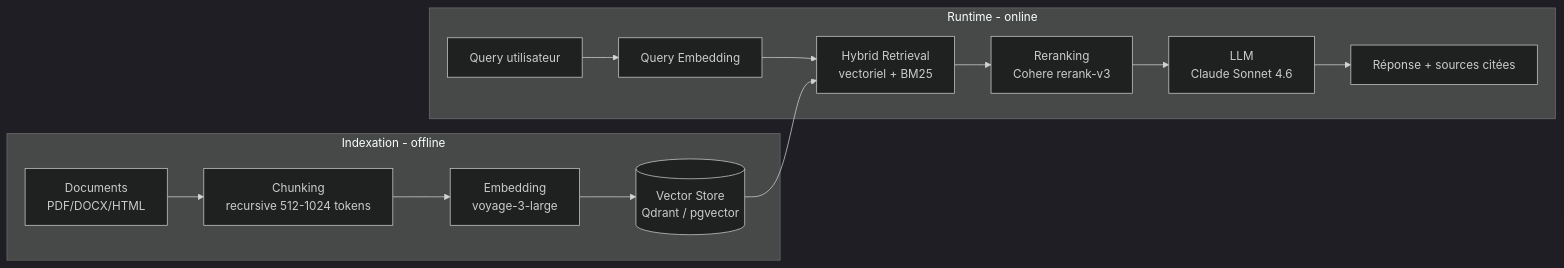
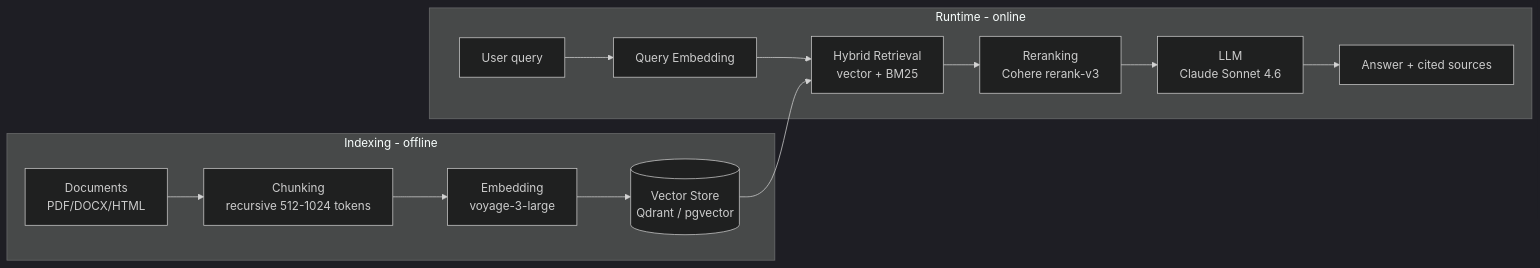
Before and after one commit to guyhui01/claude-agents: the diagram in skills/ai_architect/architecture-rag.md, drawn with Mermaid (dark theme). The commit also changed other lines of this file and 200 other files, not shown here.

````diff
--- a/skills/ai_architect/architecture-rag.md
+++ b/skills/ai_architect/architecture-rag.md
@@ -9,16 +9,16 @@
 ```mermaid
 flowchart LR
-    subgraph Indexation[Indexation - offline]
+    subgraph Indexing[Indexing - offline]
         D[Documents<br/>PDF/DOCX/HTML] --> C[Chunking<br/>recursive 512-1024 tokens]
         C --> E[Embedding<br/>voyage-3-large]
         E --> VS[(Vector Store<br/>Qdrant / pgvector)]
     end
     subgraph Runtime[Runtime - online]
-        Q[Query utilisateur] --> QE[Query Embedding]
-        QE --> R[Hybrid Retrieval<br/>vectoriel + BM25]
+        Q[User query] --> QE[Query Embedding]
+        QE --> R[Hybrid Retrieval<br/>vector + BM25]
         VS --> R
         R --> RR[Reranking<br/>Cohere rerank-v3]
         RR --> L[LLM<br/>Claude Sonnet 4.6]
-        L --> A[Réponse + sources citées]
+        L --> A[Answer + cited sources]
     end
 ```
````
